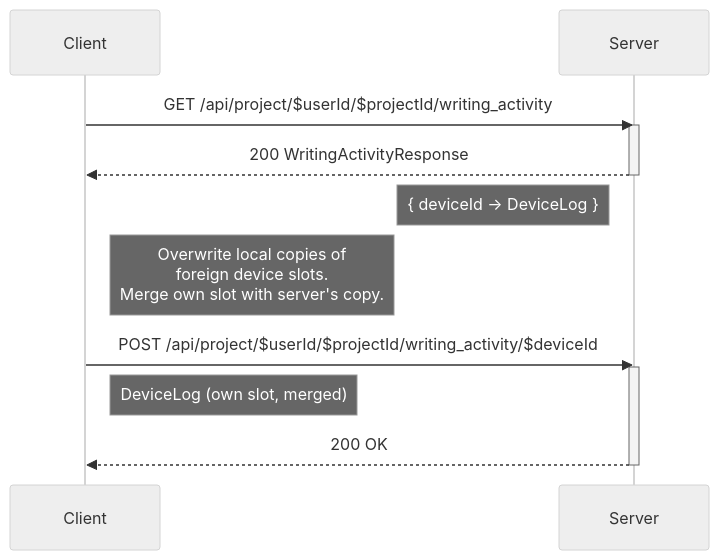
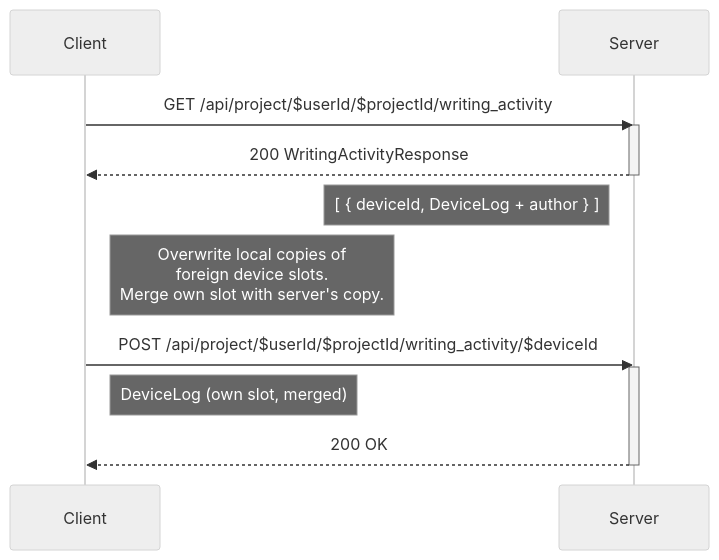
One commit to Darkrock-Studios/hammer-editor changed the ninth of 10 diagrams in docs/SYNCING-PROTOCOL.md. Above: the diagram before and after it, drawn with Mermaid (neutral theme). The commit also changed other lines of this file and 2 other files, not shown here.

````diff
--- a/docs/SYNCING-PROTOCOL.md
+++ b/docs/SYNCING-PROTOCOL.md
@@ -889,19 +891,19 @@
 ```mermaid
 sequenceDiagram
     participant Client
     participant Server
 
     Client->>Server: GET /api/project/$userId/$projectId/writing_activity
     activate Server
     Server -->> Client: 200 WritingActivityResponse
     deactivate Server
-    Note left of Server: { deviceId → DeviceLog }
+    Note left of Server: [ { deviceId, DeviceLog + author } ]
 
     Note right of Client: Overwrite local copies of<br/>foreign device slots.<br/>Merge own slot with server's copy.
 
     Client->>Server: POST /api/project/$userId/$projectId/writing_activity/$deviceId
     activate Server
     Note right of Client: DeviceLog (own slot, merged)
     Server -->> Client: 200 OK
     deactivate Server
 ```
````
